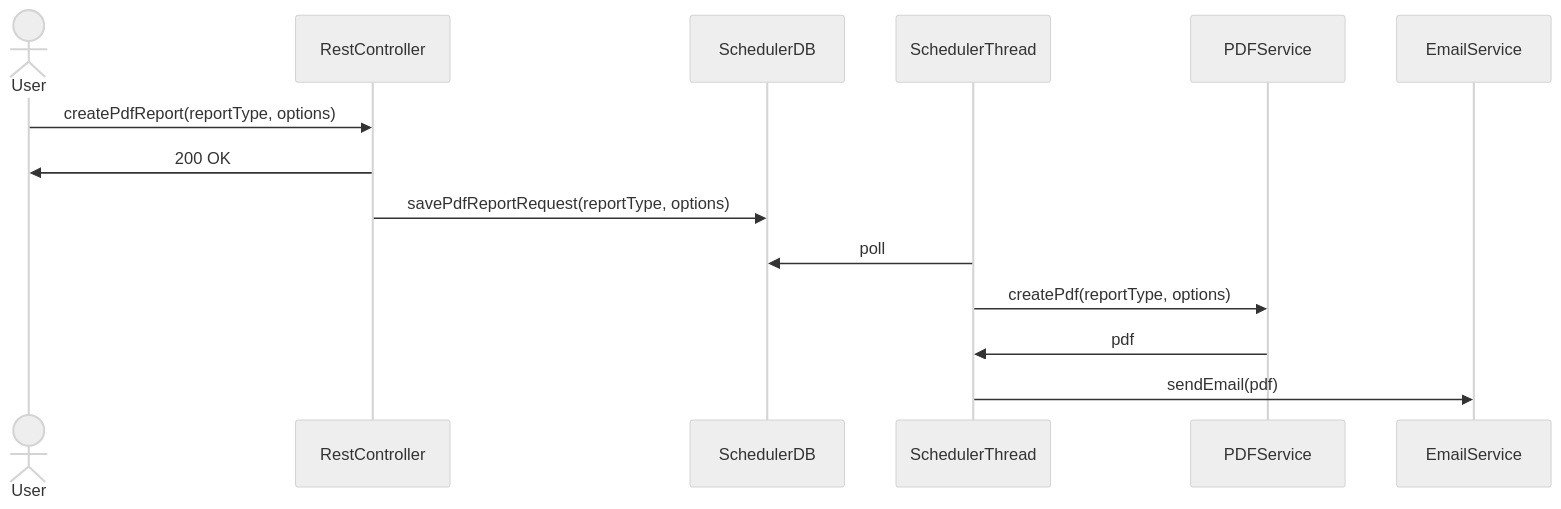
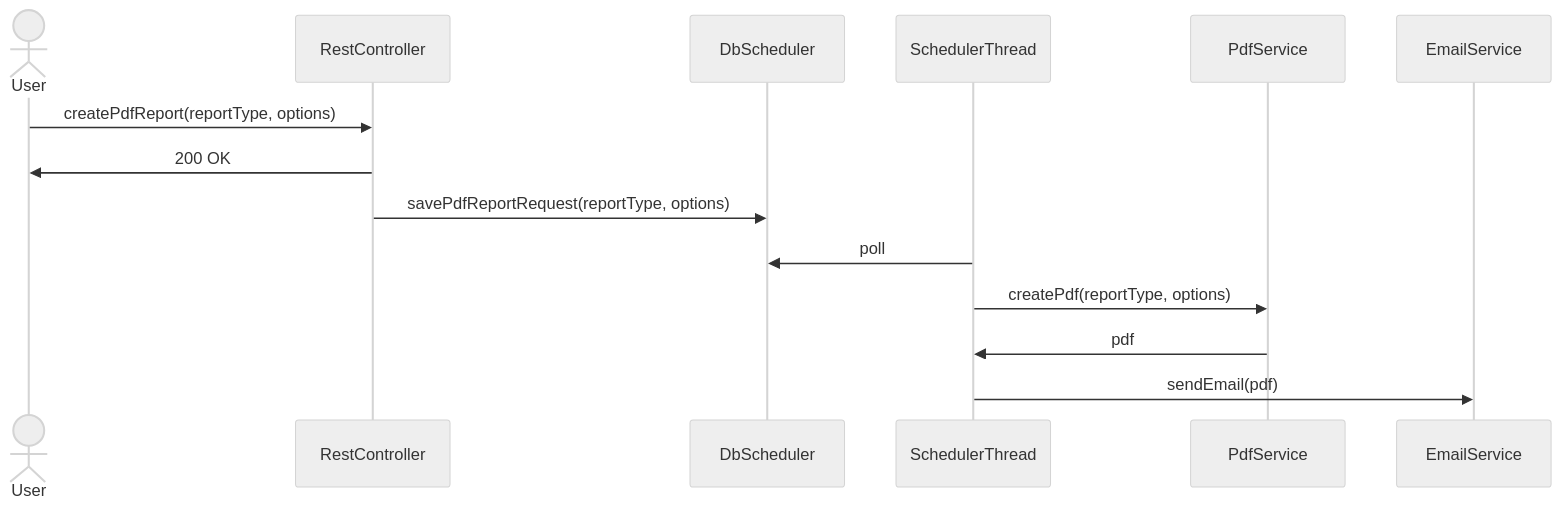
One commit to tblench-cais/tblench-pdf-spike changed the first of 2 diagrams in doc/async-use-cases.md. Above: the diagram before and after it, drawn with Mermaid (neutral theme). The commit also changed other lines of this file, not shown here.

````diff
--- a/doc/async-use-cases.md
+++ b/doc/async-use-cases.md
@@ -22,11 +22,11 @@
 ```mermaid
 sequenceDiagram
     actor User
     User ->> RestController: createPdfReport(reportType, options)
     RestController ->> User: 200 OK
-    RestController ->> SchedulerDB: savePdfReportRequest(reportType, options)
-    SchedulerThread ->> SchedulerDB: poll
-    SchedulerThread ->> PDFService: createPdf(reportType, options)
-    PDFService ->> SchedulerThread: pdf
+    RestController ->> DbScheduler: savePdfReportRequest(reportType, options)
+    SchedulerThread ->> DbScheduler: poll
+    SchedulerThread ->> PdfService: createPdf(reportType, options)
+    PdfService ->> SchedulerThread: pdf
     SchedulerThread ->> EmailService: sendEmail(pdf)
 ```
````
